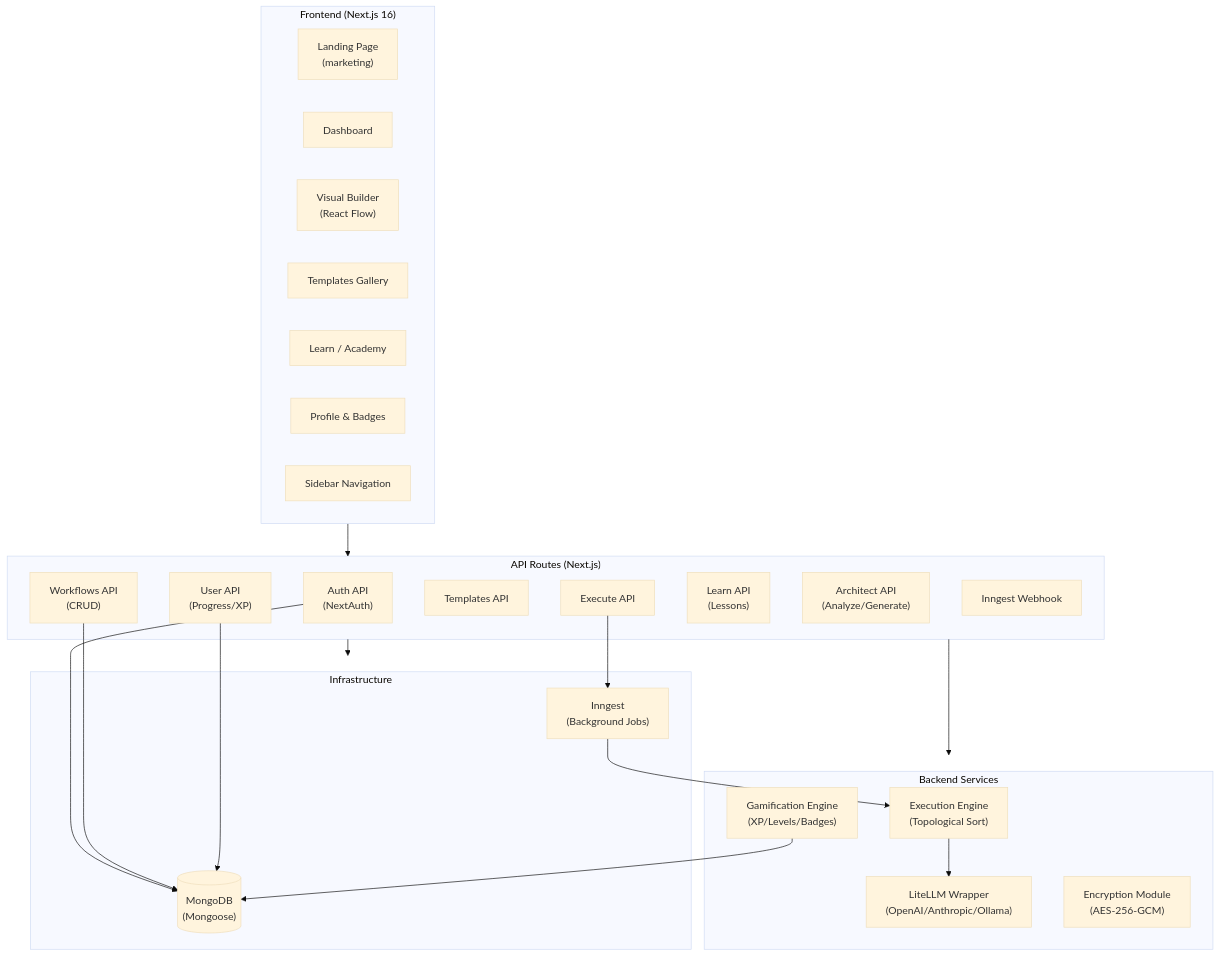
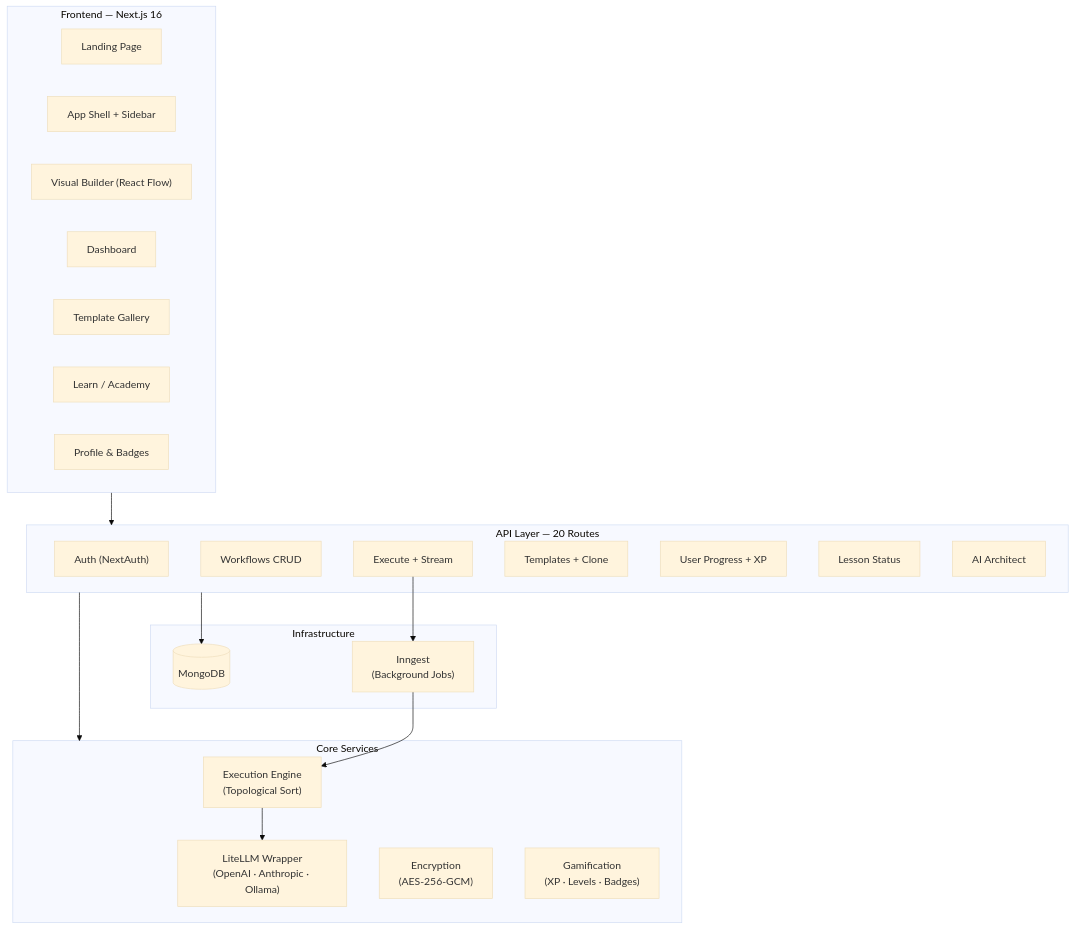
Before and after one commit to chetanya1998/BuildRAX.ai: the diagram in README.md, drawn with Mermaid (base theme). The commit also changed other lines of this file, not shown here.

````diff
--- a/README.md
+++ b/README.md
@@ -293,46 +104,41 @@
 ```mermaid
 graph TB
-    subgraph Client["Frontend (Next.js 16)"]
-        LP["Landing Page<br/>(marketing)"]
-        DA["Dashboard"]
-        BU["Visual Builder<br/>(React Flow)"]
-        TE["Templates Gallery"]
-        LE["Learn / Academy"]
-        PR["Profile & Badges"]
-        SI["Sidebar Navigation"]
+    subgraph Frontend["Frontend — Next.js 16"]
+        Landing["Landing Page"]
+        App["App Shell + Sidebar"]
+        Builder["Visual Builder (React Flow)"]
+        Dash["Dashboard"]
+        Templates["Template Gallery"]
+        Academy["Learn / Academy"]
+        Profile["Profile & Badges"]
     end
 
-    subgraph API["API Routes (Next.js)"]
-        AUTH["Auth API<br/>(NextAuth)"]
-        WF["Workflows API<br/>(CRUD)"]
-        EX["Execute API"]
-        TM["Templates API"]
-        USR["User API<br/>(Progress/XP)"]
-        LRN["Learn API<br/>(Lessons)"]
-        ARC["Architect API<br/>(Analyze/Generate)"]
-        ING["Inngest Webhook"]
+    subgraph API["API Layer — 20 Routes"]
+        AuthAPI["Auth (NextAuth)"]
+        WorkflowAPI["Workflows CRUD"]
+        ExecAPI["Execute + Stream"]
+        TemplateAPI["Templates + Clone"]
+        UserAPI["User Progress + XP"]
+        LearnAPI["Lesson Status"]
+        ArchitectAPI["AI Architect"]
     end
 
-    subgraph Backend["Backend Services"]
-        EE["Execution Engine<br/>(Topological Sort)"]
-        LLM["LiteLLM Wrapper<br/>(OpenAI/Anthropic/Ollama)"]
-        ENC["Encryption Module<br/>(AES-256-GCM)"]
-        GAM["Gamification Engine<br/>(XP/Levels/Badges)"]
+    subgraph Core["Core Services"]
+        Engine["Execution Engine<br/>(Topological Sort)"]
+        LLM["LiteLLM Wrapper<br/>(OpenAI · Anthropic · Ollama)"]
+        Encrypt["Encryption<br/>(AES-256-GCM)"]
+        Gamify["Gamification<br/>(XP · Levels · Badges)"]
     end
 
     subgraph Infra["Infrastructure"]
-        DB[("MongoDB<br/>(Mongoose)")]
-        IN["Inngest<br/>(Background Jobs)"]
+        DB[("MongoDB")]
+        Inngest["Inngest<br/>(Background Jobs)"]
     end
 
-    Client --> API
-    API --> Backend
-    API --> Infra
-    EX --> IN
-    IN --> EE
-    EE --> LLM
-    AUTH --> DB
-    WF --> DB
-    USR --> DB
-    GAM --> DB
+    Frontend --> API
+    API --> Core
+    ExecAPI --> Inngest
+    Inngest --> Engine
+    Engine --> LLM
+    API --> DB
 ```
````
